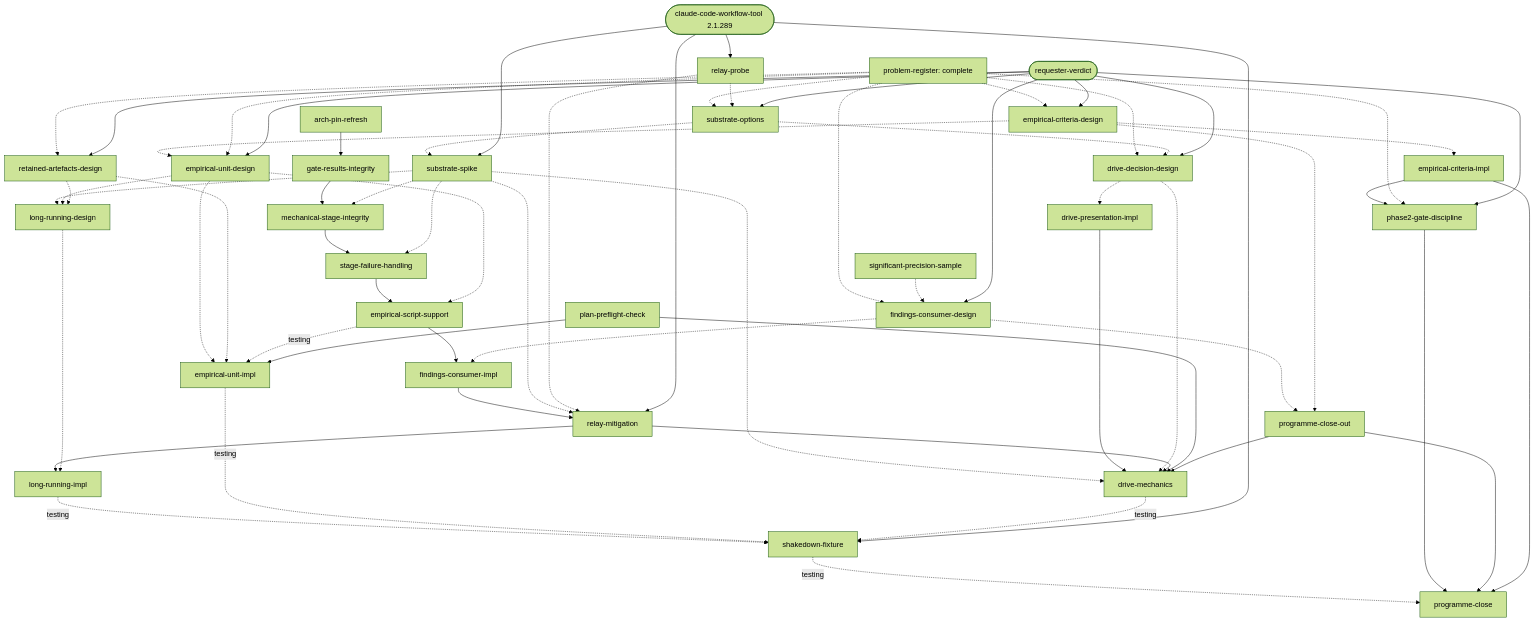
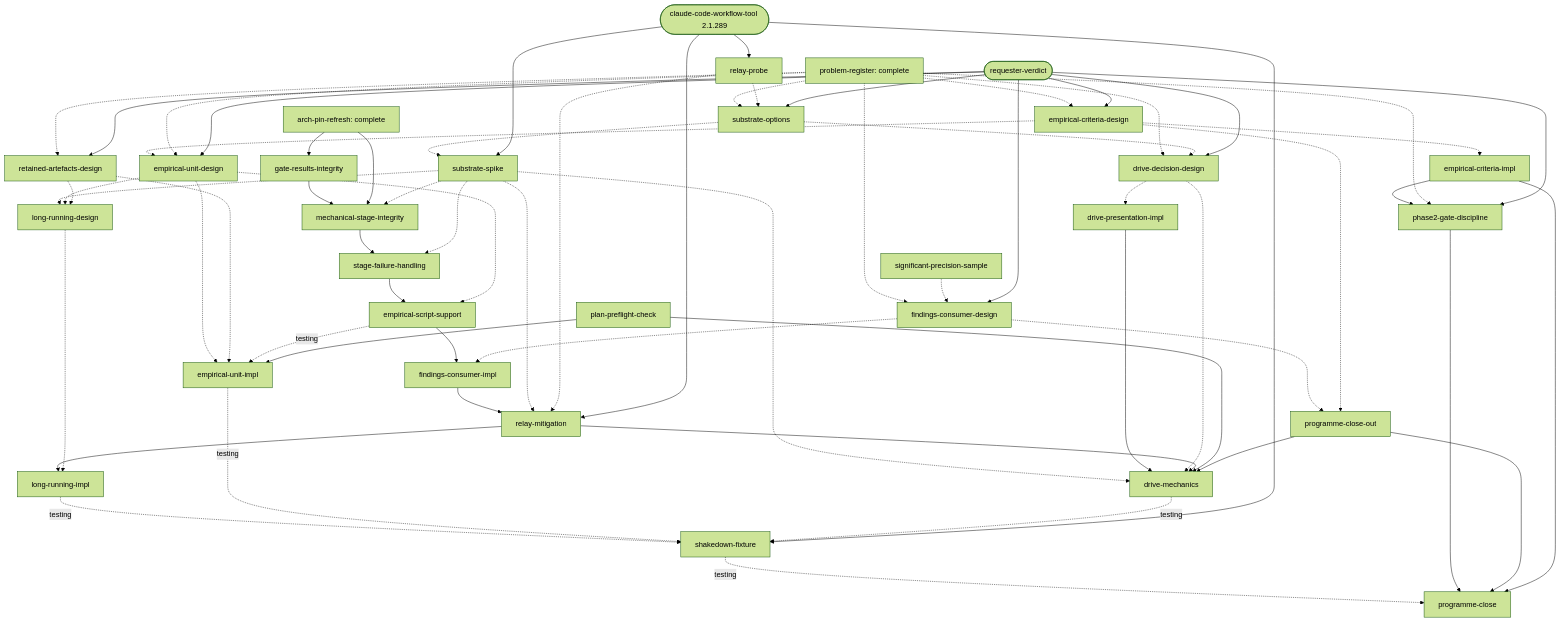
Before and after one commit to duaneg/phronithm: the diagram in docs/plans/lsf-improvements-breakdown.md, drawn with Mermaid (forest theme). The commit also changed other lines of this file, not shown here.

First line of the commit message:
LSF improvements: re-plan after arch-pin-refresh completed

```diff
--- a/docs/plans/lsf-improvements-breakdown.md
+++ b/docs/plans/lsf-improvements-breakdown.md
@@ -669,7 +658,7 @@
   RP[relay-probe]
   SO[substrate-options]
   SS[substrate-spike]
-  APR[arch-pin-refresh]
+  APR[arch-pin-refresh: complete]
   GRI[gate-results-integrity]
   PPC[plan-preflight-check]
   SPS[significant-precision-sample]
@@ -698,6 +687,7 @@
   RP -.-> SO
   SO -.-> SS
   APR --> GRI --> MSI --> SFH --> ESS --> FCI --> RM --> LRI
+  APR --> MSI
   SS -.-> MSI
   SS -.-> SFH
   SS -.-> RM
```
